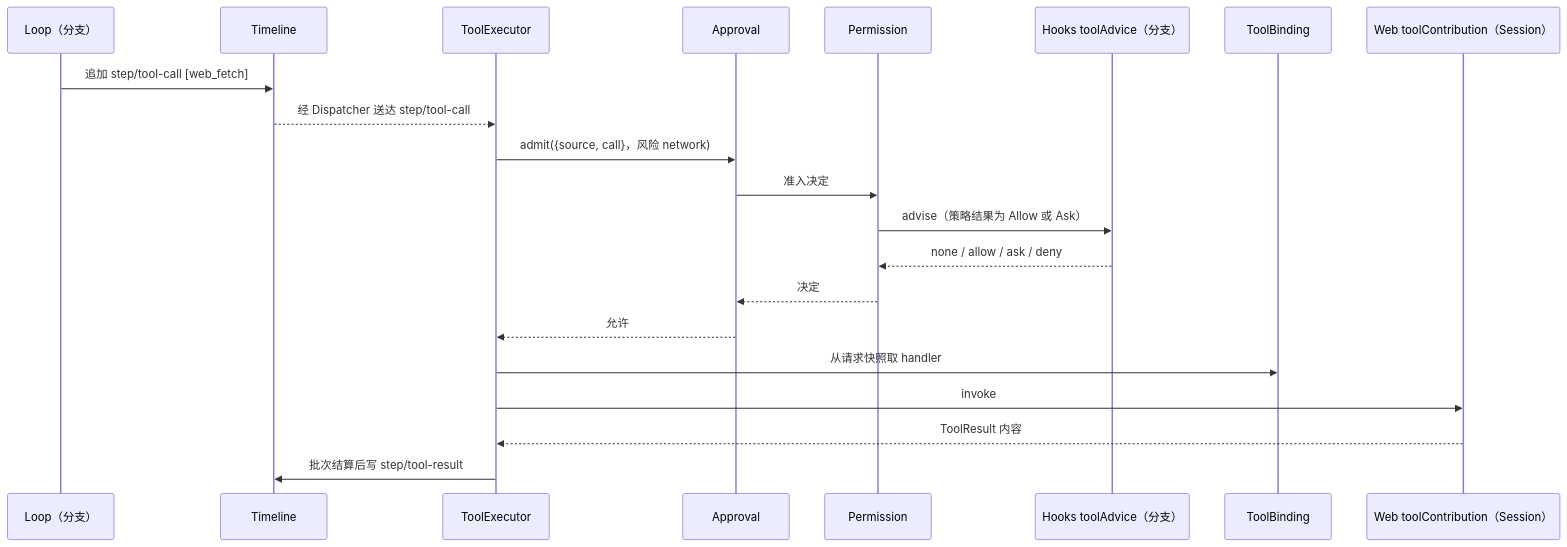
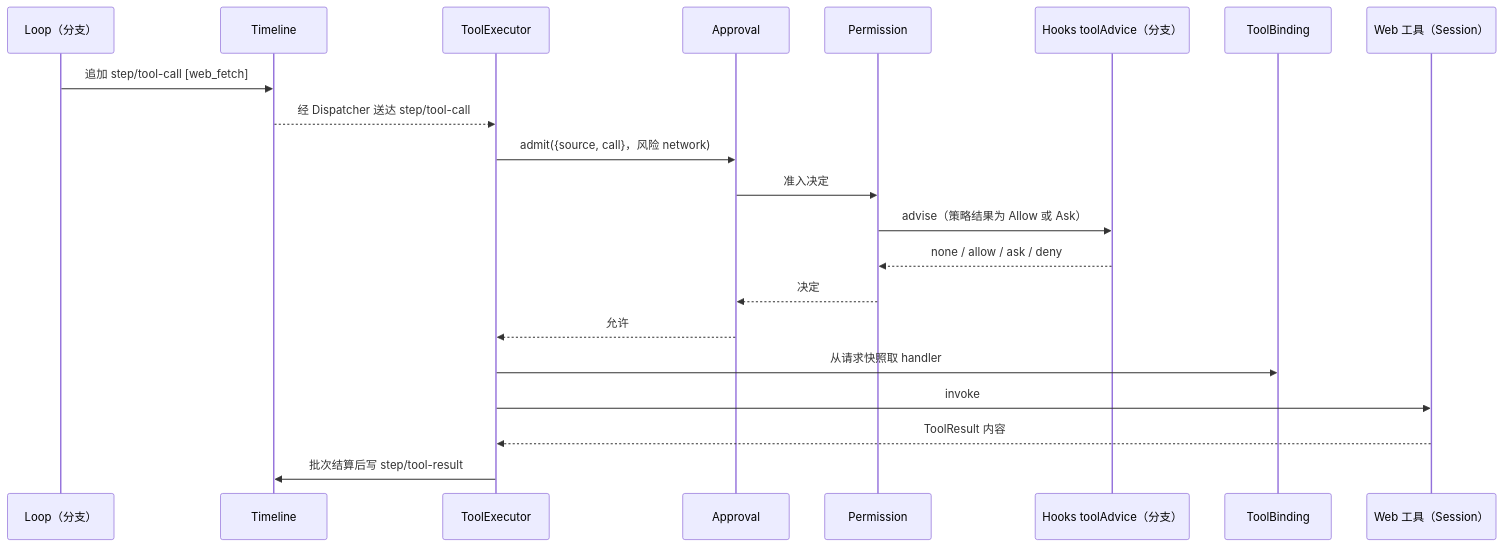
One commit to CoutinhoTTS/dim-agent changed the third of 8 diagrams in docs/zh/design/overview.md. Above: the diagram before and after it, drawn with Mermaid. The commit also changed other lines of this file and 101 other files, not shown here.

````diff
--- a/docs/zh/design/overview.md
+++ b/docs/zh/design/overview.md
@@ -184,23 +184,23 @@
 ```mermaid
 sequenceDiagram
   participant LP as Loop（分支）
   participant TL as Timeline
   participant TE as ToolExecutor
   participant AP as Approval
   participant PM as Permission
   participant HK as Hooks toolAdvice（分支）
   participant TB as ToolBinding
-  participant W as Web toolContribution（Session）
+  participant W as Web 工具（Session）
   LP->>TL: 追加 step/tool-call [web_fetch]
   TL-->>TE: 经 Dispatcher 送达 step/tool-call
   TE->>AP: admit({source, call}，风险 network)
   AP->>PM: 准入决定
   PM->>HK: advise（策略结果为 Allow 或 Ask）
   HK-->>PM: none / allow / ask / deny
   PM-->>AP: 决定
   AP-->>TE: 允许
   TE->>TB: 从请求快照取 handler
   TE->>W: invoke
   W-->>TE: ToolResult 内容
   TE->>TL: 批次结算后写 step/tool-result
 ```
````
